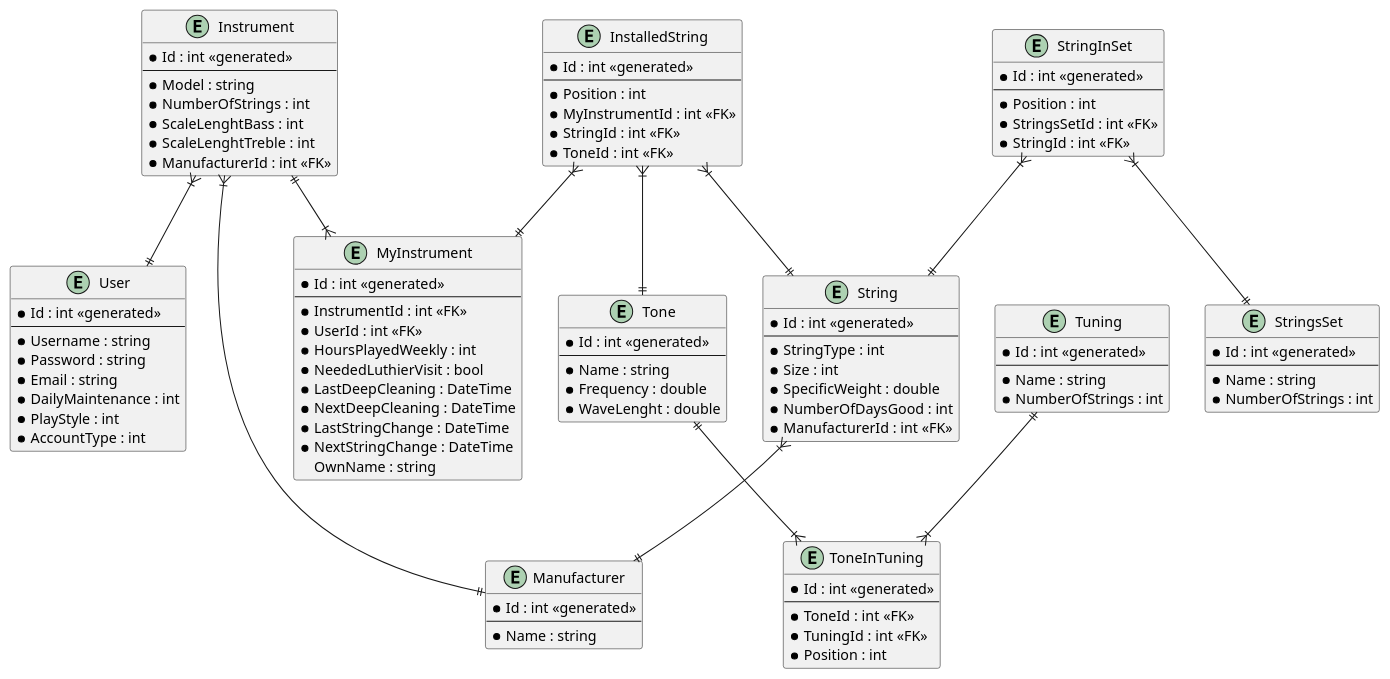
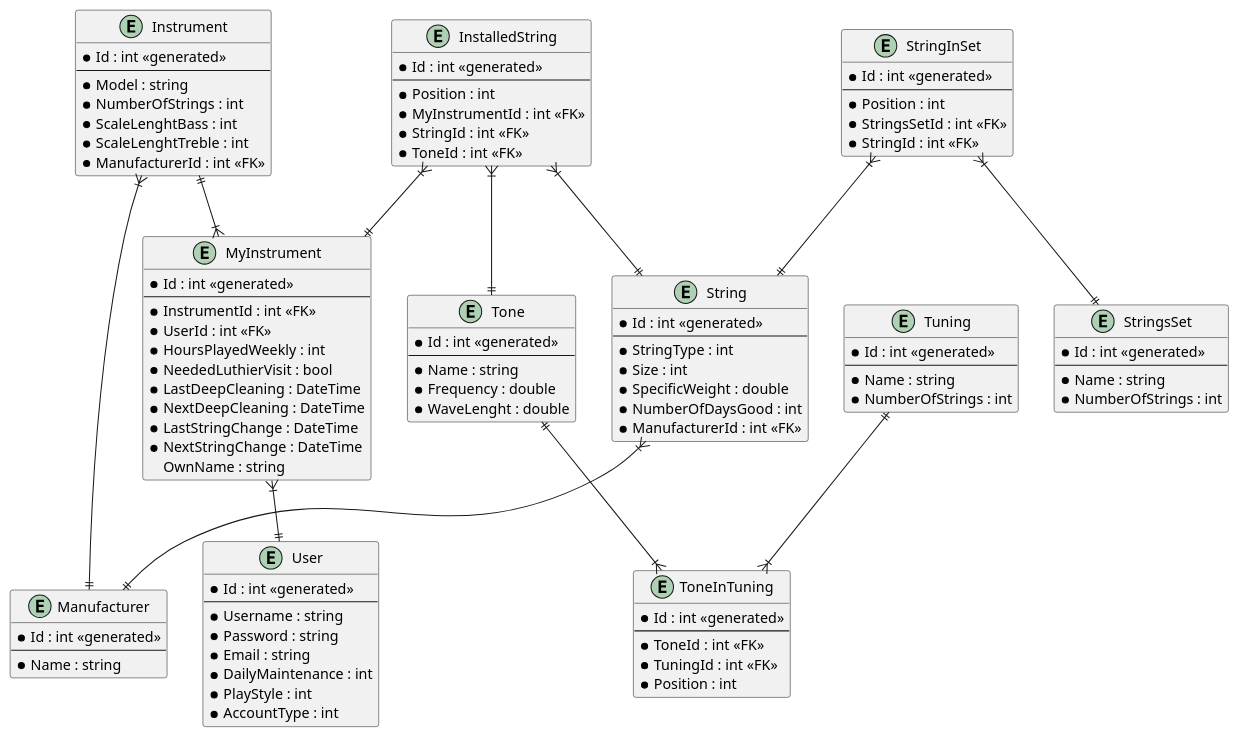
The diagram in StringManager/UML/EntityRelationshipDiagram.wsd (Jasio182/StringManager), drawn with PlantUML before and after one commit. The commit also changed 20 other files, not shown here.

Commit message:
some diagrams and database file

```diff
--- a/StringManager/UML/EntityRelationshipDiagram.wsd
+++ b/StringManager/UML/EntityRelationshipDiagram.wsd
@@ -1,113 +1,113 @@
 @startuml EntityDiagram
 
 entity User 
 {
     * Id : int <<generated>>
     --
     * Username : string
     * Password : string
     * Email : string
     * DailyMaintenance : int
     * PlayStyle : int
     * AccountType : int
 }
 entity Tuning
 {
     * Id : int <<generated>>
     --
     * Name : string
     * NumberOfStrings : int
 }
 entity ToneInTuning
 {
     * Id : int <<generated>>
     --
     * ToneId : int <<FK>>
     * TuningId : int <<FK>>
     * Position : int
 }
 entity Tone
 {
     * Id : int <<generated>>
     --
     * Name : string
     * Frequency : double
     * WaveLenght : double
 }
 entity StringsSet
 {
     * Id : int <<generated>>
     --
     * Name : string
     * NumberOfStrings : int
 }
 entity StringInSet
 {
     * Id : int <<generated>>
     --
     * Position : int
     * StringsSetId : int <<FK>>
     * StringId : int <<FK>>
 }
 entity String
 {
     * Id : int <<generated>>
     --
     * StringType : int
     * Size : int
     * SpecificWeight : double
     * NumberOfDaysGood : int
     * ManufacturerId : int <<FK>>
 }
 entity MyInstrument
 {
     * Id : int <<generated>>
     --
     * InstrumentId : int <<FK>>
     * UserId : int <<FK>>
     * HoursPlayedWeekly : int
     * NeededLuthierVisit : bool
     * LastDeepCleaning : DateTime
     * NextDeepCleaning : DateTime
     * LastStringChange : DateTime
     * NextStringChange : DateTime
     OwnName : string
 }
 entity Manufacturer
 {
     * Id : int <<generated>>
     --
     * Name : string
 }
 entity Instrument
 {
     * Id : int <<generated>>
     --
     * Model : string
     * NumberOfStrings : int
     * ScaleLenghtBass : int
     * ScaleLenghtTreble : int
     * ManufacturerId : int <<FK>>
 }
 entity InstalledString
 {
     * Id : int <<generated>>
     --
     * Position : int
     * MyInstrumentId : int <<FK>>
     * StringId : int <<FK>>
     * ToneId : int <<FK>>
 }
 
 InstalledString}|--||Tone
 InstalledString}|--||String
 InstalledString}|--||MyInstrument
 Instrument||--|{MyInstrument
 Instrument}|--||Manufacturer
 String}|--||Manufacturer
-Instrument}|--||User
+MyInstrument}|--||User
 StringInSet}|--||String
 StringInSet}|--||StringsSet
 Tone||--|{ToneInTuning
 Tuning||--|{ToneInTuning
 @enduml
```
